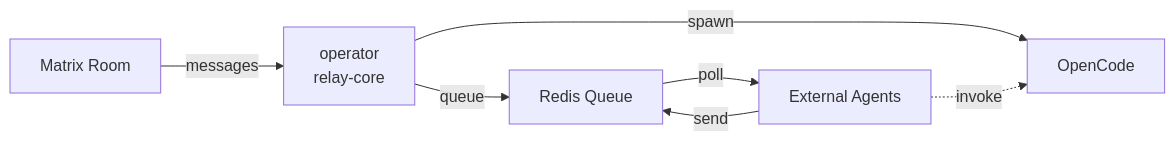
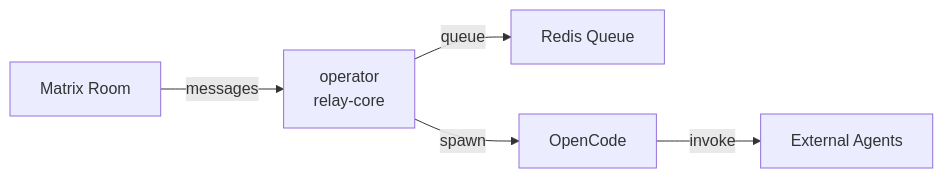
The diagram in README.md (AngeloR/operator), drawn with Mermaid before and after one commit.

Commit message:
docs: correct architecture flow in how-it-works diagram

````diff
--- a/README.md
+++ b/README.md
@@ -16,10 +16,8 @@
 ```mermaid
 flowchart LR
     A[Matrix Room] -->|messages| B[operator<br/>relay-core]
     B -->|queue| C[Redis Queue]
     B -->|spawn| D[OpenCode]
     
-    C -->|poll| E[External Agents]
-    E -->|send| C
-    E -.->|invoke| D
+    D -->|invoke| E[External Agents]
 ```
````
